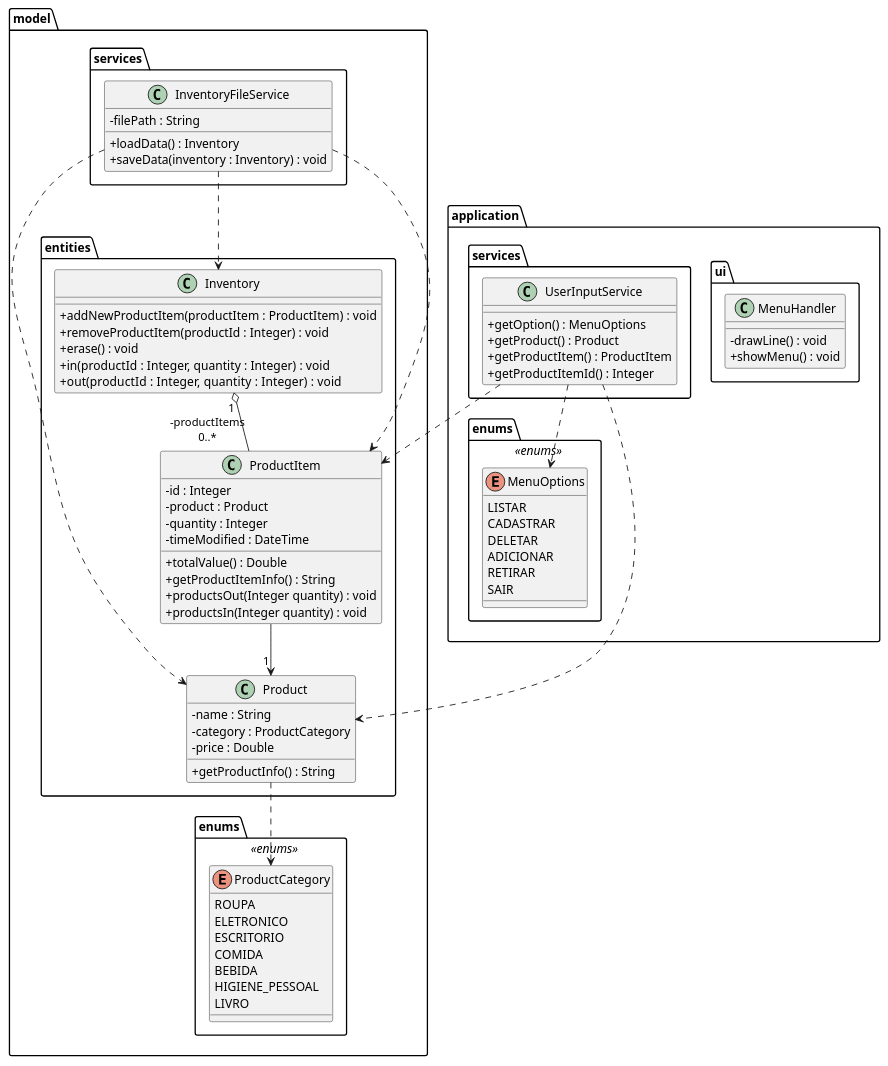
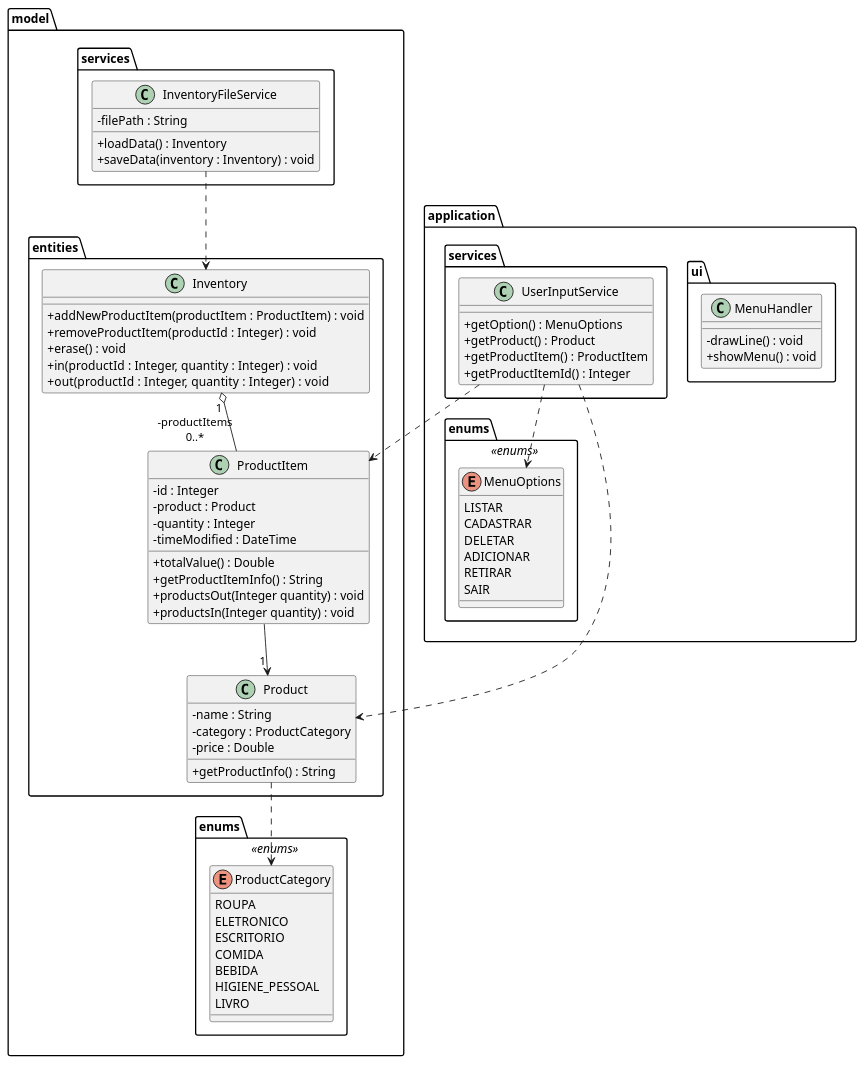
The diagram in java-crud-console-umlclass.puml (victormmcouto/java-crud-console), drawn with PlantUML before and after one commit.

Commit message:
fix: Reverte a alteração de relações de dependência do diagrama
Especificação redundante

```diff
--- a/java-crud-console-umlclass.puml
+++ b/java-crud-console-umlclass.puml
@@ -1,85 +1,83 @@
 @startuml
 skinparam classAttributeIconSize 0
 package model {
   package entities {
     class Product {
       - name : String
       - category : ProductCategory
       - price : Double
       + getProductInfo() : String
     }
     class Inventory {
       + addNewProductItem(productItem : ProductItem) : void
       + removeProductItem(productId : Integer) : void
       + erase() : void
       + in(productId : Integer, quantity : Integer) : void
       + out(productId : Integer, quantity : Integer) :  void
     }
     class ProductItem {
       - id : Integer
       - product : Product
       - quantity : Integer
       - timeModified : DateTime
       + totalValue() : Double
       + getProductItemInfo() : String
       + productsOut(Integer quantity) : void
       + productsIn(Integer quantity) : void
     }
   }
   package services {
       class InventoryFileService {
       - filePath : String
       + loadData() : Inventory
       + saveData(inventory : Inventory) : void
     }
   }
   package enums <<enums>> {
     enum ProductCategory {
       ROUPA
       ELETRONICO
       ESCRITORIO
       COMIDA
       BEBIDA
       HIGIENE_PESSOAL
       LIVRO
     }
   }
 }
 
 package application {
   package application.ui {
     class MenuHandler {
     - drawLine() : void
     + showMenu() : void
     }
   }
   package enums <<enums>> {
     enum MenuOptions {
       LISTAR
       CADASTRAR
       DELETAR
       ADICIONAR
       RETIRAR
       SAIR
     }
   }
   package services {
     class UserInputService {
       + getOption() : MenuOptions
       + getProduct() : Product
       + getProductItem() : ProductItem
       + getProductItemId() : Integer
     }
   }
 }
 
 ProductItem --> "\t1" Product
 Inventory "\t1" o-- "-productItems\n0..*" ProductItem
 InventoryFileService ..> Inventory
-InventoryFileService ..> Product
-InventoryFileService ..> ProductItem
 Product ..> ProductCategory
 UserInputService ..> MenuOptions
 UserInputService ..> Product
 UserInputService ..> ProductItem
 @enduml
```
